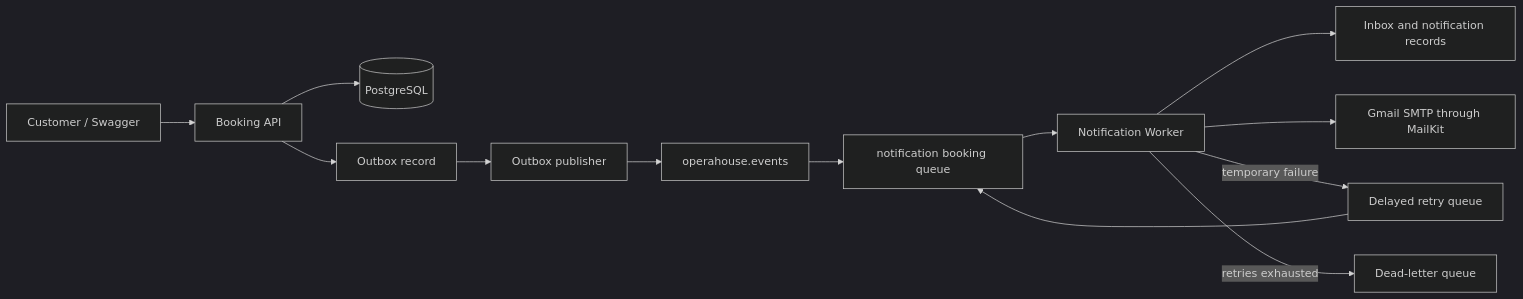
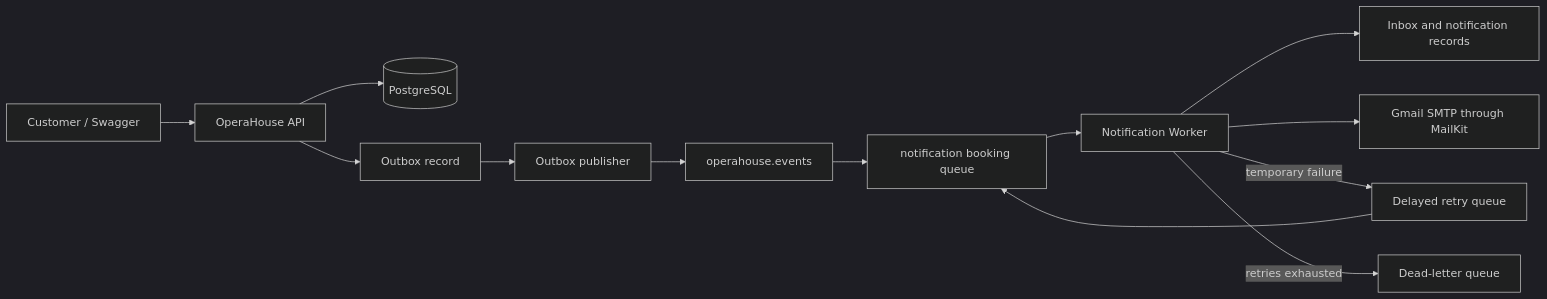
The diagram in README.md (YlliKllokoqi/OperaHouse), drawn with Mermaid (dark theme) before and after one commit. The commit also changed other lines of this file and 202 other files, not shown here.

First line of the commit message:
feat: refactored entire architecture

````diff
--- a/README.md
+++ b/README.md
@@ -26,16 +27,16 @@
 ```mermaid
 flowchart LR
-    Client["Customer / Swagger"] --> API["Booking API"]
+    Client["Customer / Swagger"] --> API["OperaHouse API"]
     API --> DB[("PostgreSQL")]
     API --> Outbox["Outbox record"]
     Outbox --> Publisher["Outbox publisher"]
     Publisher --> Exchange["operahouse.events"]
     Exchange --> Queue["notification booking queue"]
     Queue --> Worker["Notification Worker"]
     Worker --> Inbox["Inbox and notification records"]
     Worker --> Gmail["Gmail SMTP through MailKit"]
 
     Worker -->|"temporary failure"| Retry["Delayed retry queue"]
     Retry --> Queue
     Worker -->|"retries exhausted"| DLQ["Dead-letter queue"]
 ```
````
